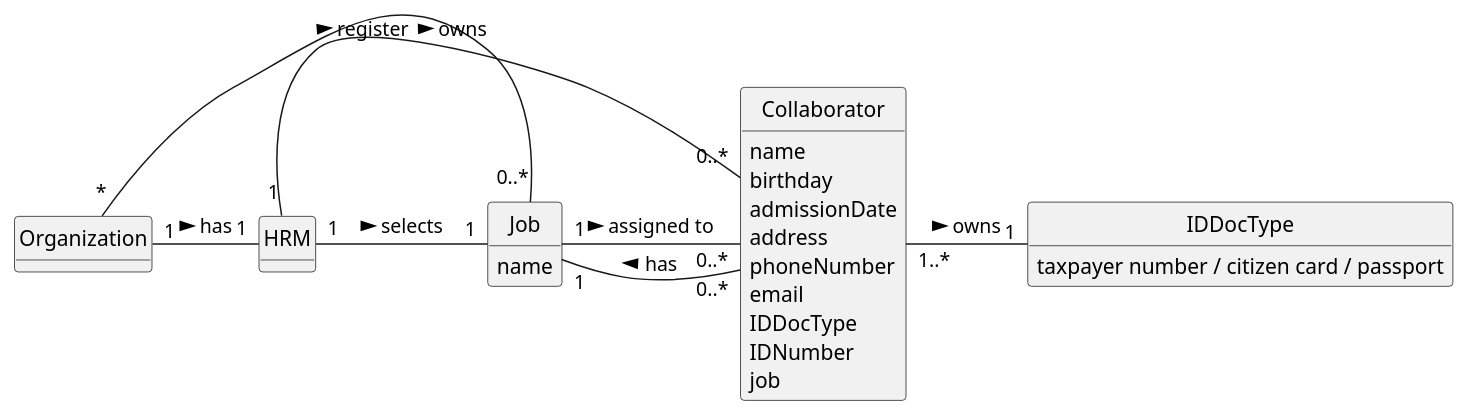
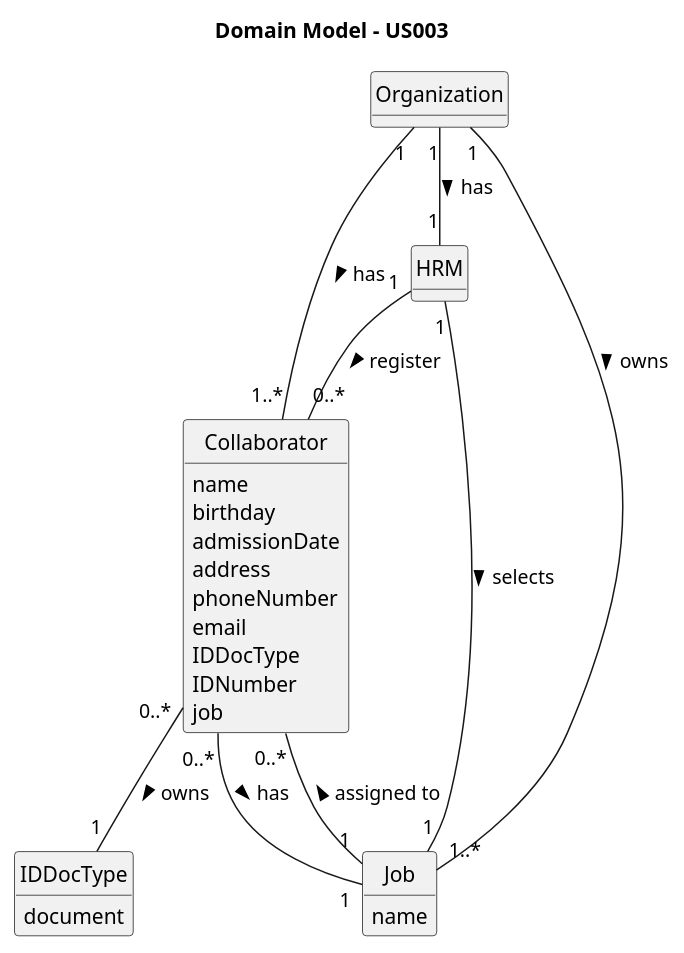
The diagram in docs/sprintA/us003/02.analysis/puml/us003-domain-model.puml (daniel41silva05/ISEP_2023_2024_LAPR2), drawn with PlantUML before and after one commit. The commit also changed 4 other files, not shown here.

```diff
--- a/docs/sprintA/us003/02.analysis/puml/us003-domain-model.puml
+++ b/docs/sprintA/us003/02.analysis/puml/us003-domain-model.puml
@@ -1,47 +1,48 @@
 @startuml
 skinparam monochrome true
 skinparam packageStyle rectangle
 skinparam shadowing false
 
-'left to right direction
-
 skinparam classAttributeIconSize 0
 
 hide circle
 hide methods
+
+title Domain Model - US003
 
 class Organization {
 }
 
 class Collaborator {
     name
     birthday
     admissionDate
     address
     phoneNumber
     email
     IDDocType
     IDNumber
     job
 }
 
 class HRM {
 }
 
 class Job {
     name
 }
 
 class IDDocType {
-    taxpayer number / citizen card / passport
+    document
 }
 
-Organization "1" - "1" HRM : has >
-Organization "*" - "0..*" Job : owns >
-HRM "1" - "1" Job : selects  >
-HRM "1" - "0..*" Collaborator : register >
-Collaborator "1..*" - "1" IDDocType : owns >
-Job "1" - "0..*" Collaborator : assigned to >
-Collaborator "0..*" - "1" Job : has >
+Organization "1" -- "1" HRM : has >
+Organization "1" -- "1..*" Collaborator : has >
+Organization "1" -- "1..*" Job : owns >
+HRM "1" -- "1" Job : selects  >
+Job "1" -- "0..*" Collaborator : assigned to >
+HRM "1" -- "0..*" Collaborator : register >
+Collaborator "0..*" -- "1" IDDocType : owns >
+Collaborator "0..*" -- "1" Job : has >
 
 @enduml
```
